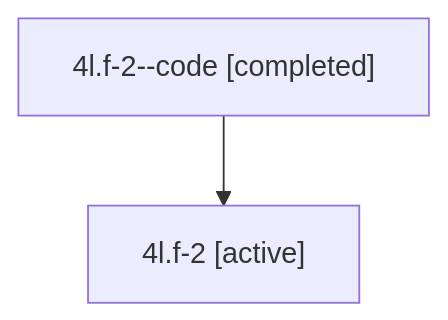
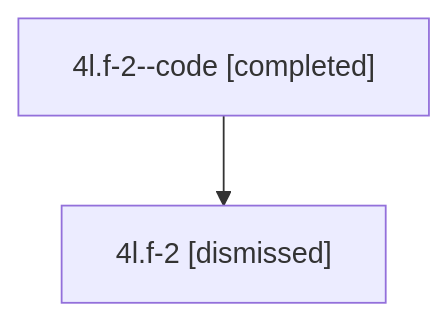
One commit to bobs-org/bob-cli--agents changed the diagram in sessions/bbugyi200.athena.4l.f-2.md. Above: the diagram before and after it, drawn with Mermaid. The commit also changed other lines of this file and 46 other files, not shown here.

````diff
--- a/sessions/bbugyi200.athena.4l.f-2.md
+++ b/sessions/bbugyi200.athena.4l.f-2.md
@@ -9,6 +9,6 @@
 ```mermaid
 flowchart TD
   n0["4l.f-2--code [completed]"]
-  n1["4l.f-2 [active]"]
+  n1["4l.f-2 [dismissed]"]
   n0 --> n1
 ```
````
